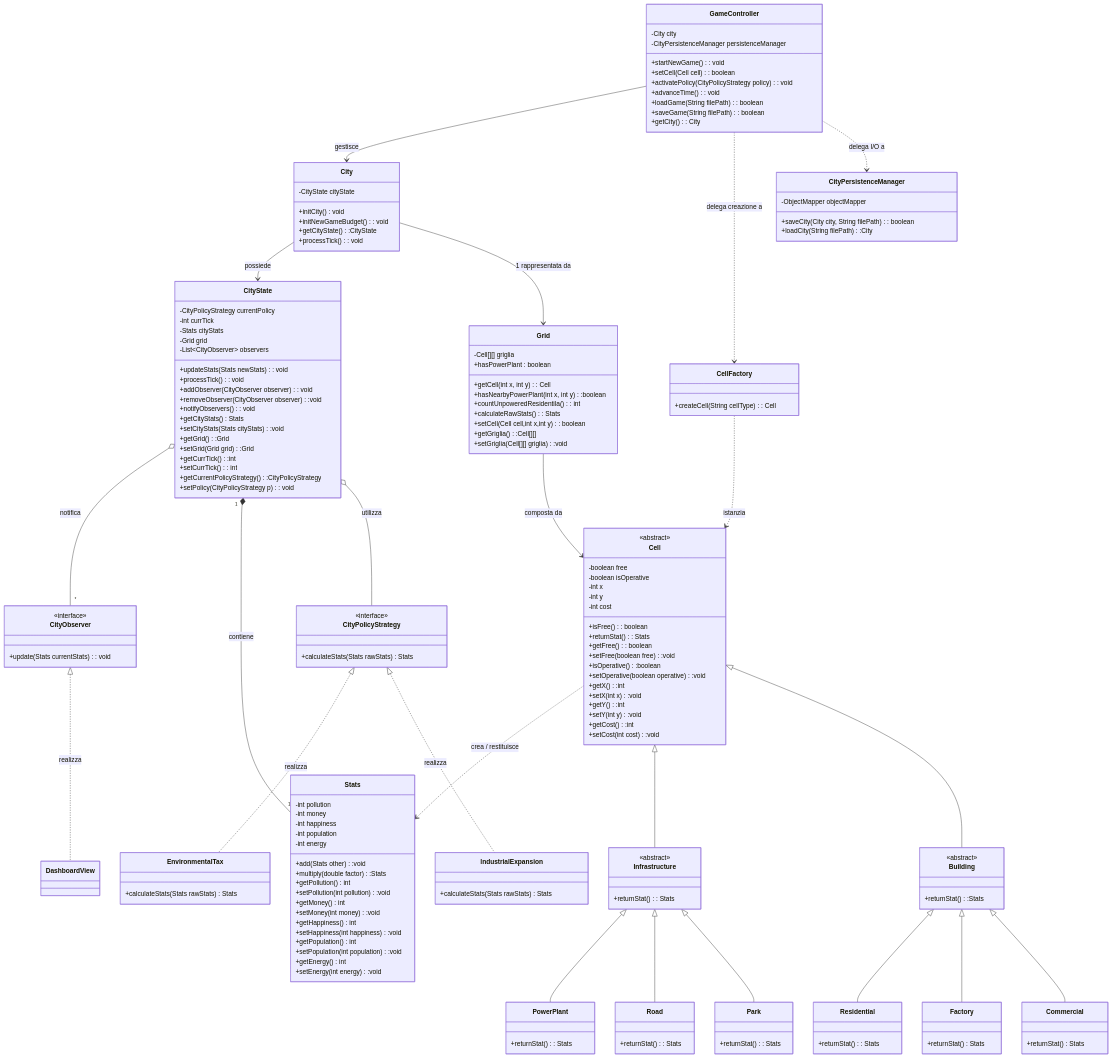
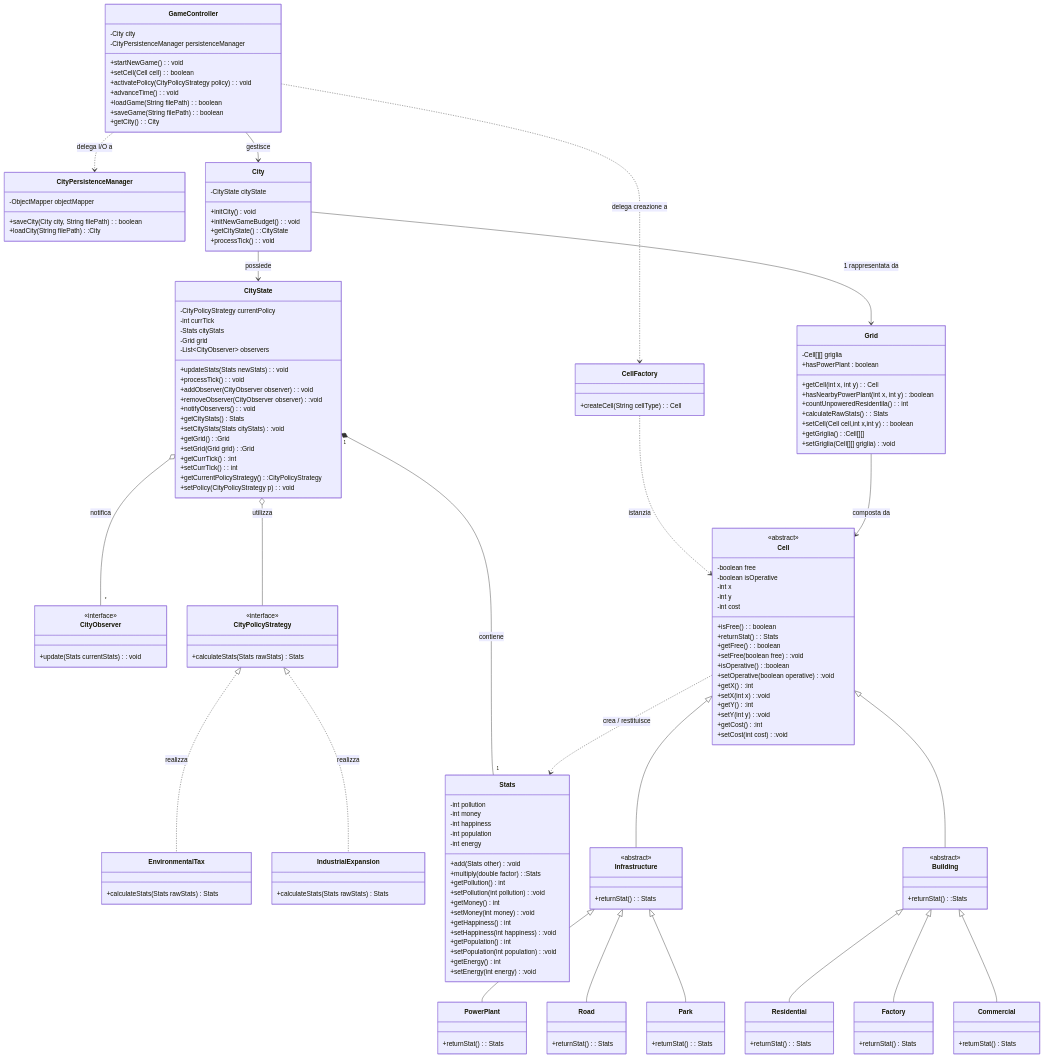
The diagram in docs/DESIGN-CLASS-MODEL/design-class-model.md (andreatoson3-netizen/Amatriciana), drawn with Mermaid before and after one commit. The commit also changed other lines of this file, not shown here.

```diff
--- a/docs/DESIGN-CLASS-MODEL/design-class-model.md
+++ b/docs/DESIGN-CLASS-MODEL/design-class-model.md
@@ -184,7 +184,6 @@
     Grid --> Cell : composta da
     
     %% Observer Pattern
-    CityObserver <|.. DashboardView : realizza
     CityState o-- "*" CityObserver : notifica
     
     %% CityState possiede le statistiche attuali della città
```
